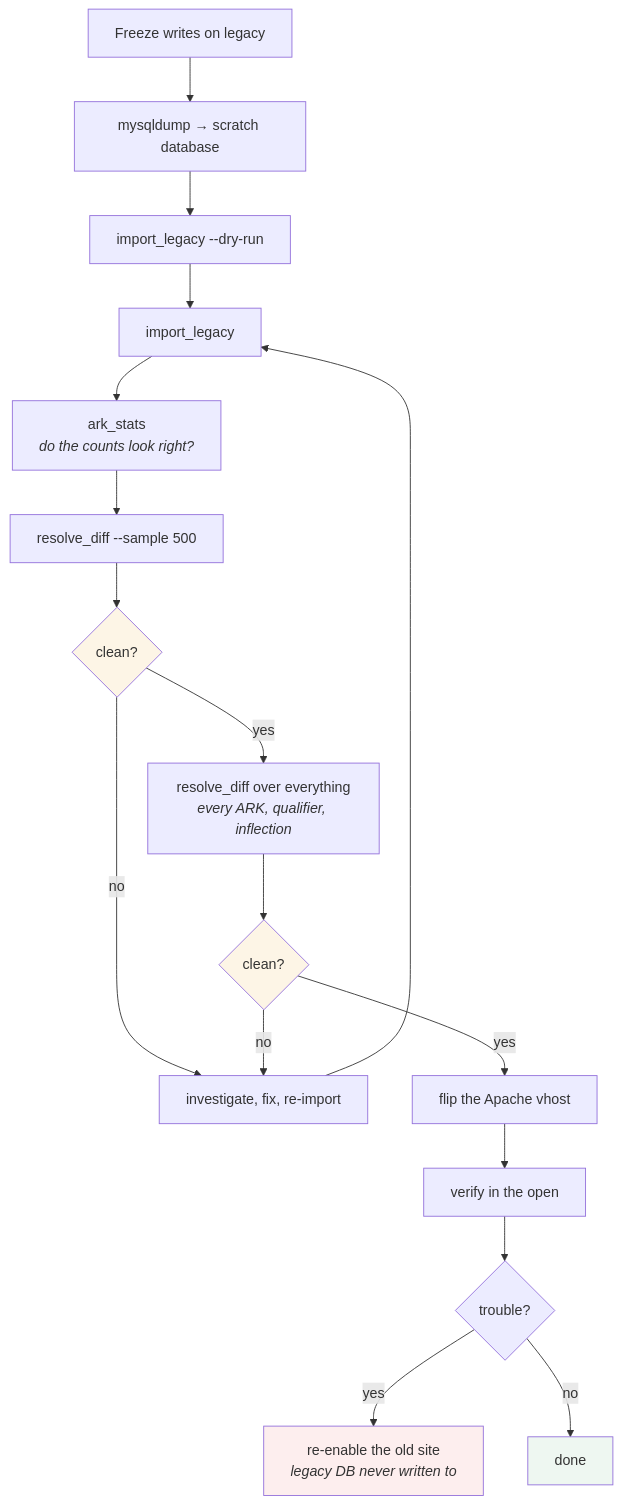
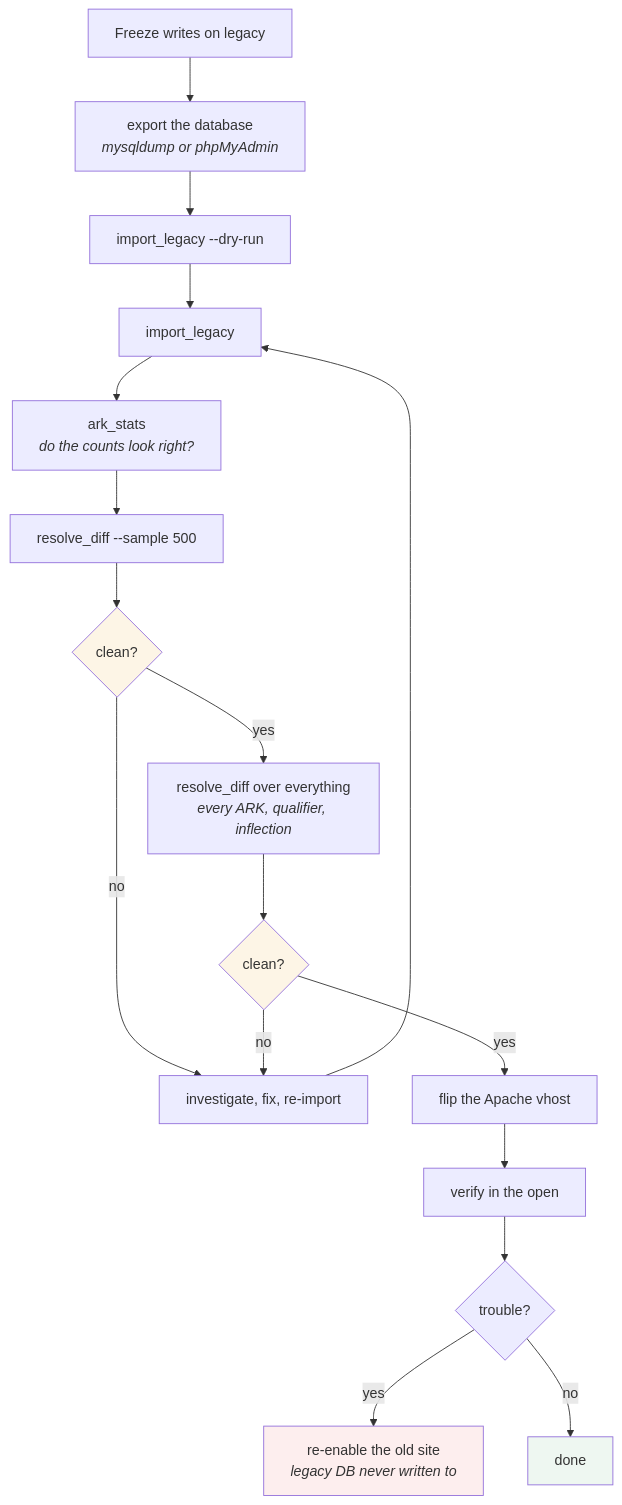
Diagram 11 of 11 in README_EXTENDED.md (digitalutsc/arks-service), drawn with Mermaid before and after one commit. The commit also changed other lines of this file and 13 other files, not shown here.

````diff
--- a/README_EXTENDED.md
+++ b/README_EXTENDED.md
@@ -417,24 +418,24 @@
 ```mermaid
 flowchart TD
-    A["Freeze writes on legacy"] --> B["mysqldump → scratch database"]
+    A["Freeze writes on legacy"] --> B["export the database<br/><i>mysqldump or phpMyAdmin</i>"]
     B --> C["import_legacy --dry-run"]
     C --> D["import_legacy"]
     D --> E["ark_stats<br/><i>do the counts look right?</i>"]
     E --> F["resolve_diff --sample 500"]
     F --> G{"clean?"}
     G -->|no| H["investigate, fix, re-import"]
     H --> D
     G -->|yes| I["resolve_diff over everything<br/><i>every ARK, qualifier, inflection</i>"]
     I --> J{"clean?"}
     J -->|no| H
     J -->|yes| K["flip the Apache vhost"]
     K --> L["verify in the open"]
     L --> M{"trouble?"}
     M -->|yes| N["re-enable the old site<br/><i>legacy DB never written to</i>"]
     M -->|no| O["done"]
 
     style G fill:#fdf5e6
     style J fill:#fdf5e6
     style O fill:#eef7f1
     style N fill:#fdeeee
 ```
````
